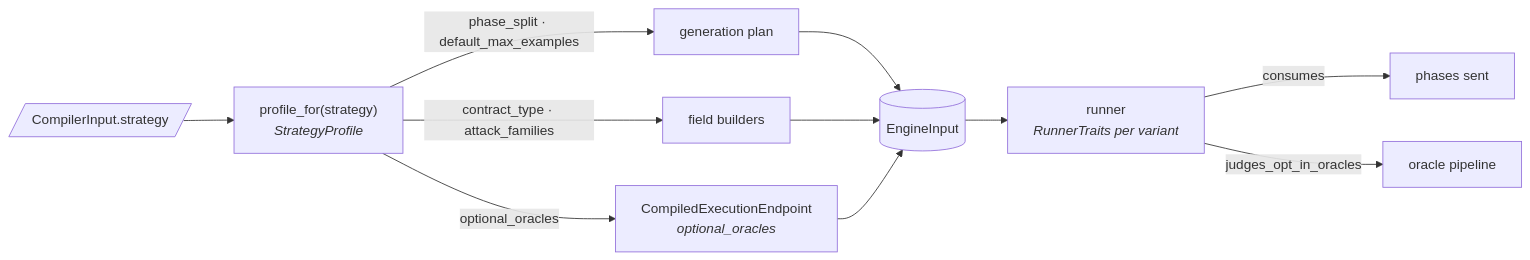
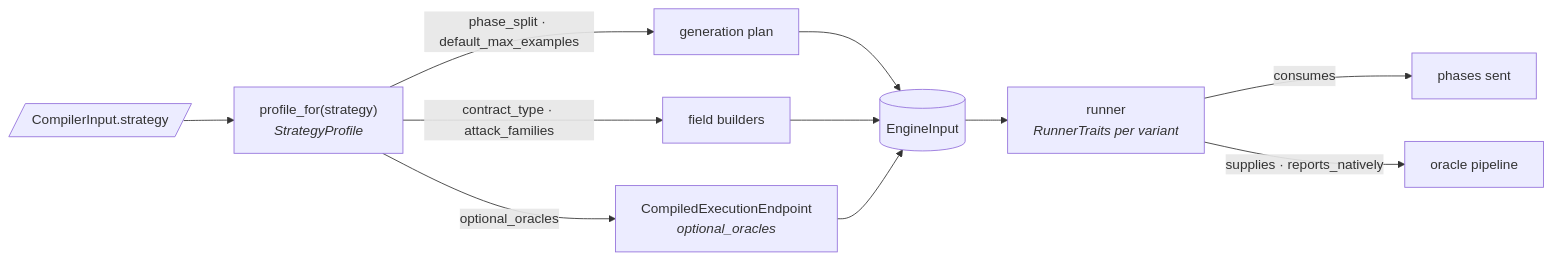
Before and after one commit to Spec-Forge-Testing/specforge-docs: the diagram in docs/modules/specforge-engine/strategies.md, drawn with Mermaid. The commit also changed other lines of this file and 29 other files, not shown here.

````diff
--- a/docs/modules/specforge-engine/strategies.md
+++ b/docs/modules/specforge-engine/strategies.md
@@ -15,13 +16,13 @@
 ```mermaid
 flowchart LR
     S[/"CompilerInput.strategy"/] --> PF["profile_for(strategy)<br/><i>StrategyProfile</i>"]
     PF -->|"phase_split · default_max_examples"| PL[generation plan]
     PF -->|"contract_type · attack_families"| FB[field builders]
     PF -->|optional_oracles| CE["CompiledExecutionEndpoint<br/><i>optional_oracles</i>"]
     PL --> EI[(EngineInput)]
     FB --> EI
     CE --> EI
     EI --> R["runner<br/><i>RunnerTraits per variant</i>"]
     R -->|"consumes"| SENT[phases sent]
-    R -->|"judges_opt_in_oracles"| OR[oracle pipeline]
+    R -->|"supplies · reports_natively"| OR[oracle pipeline]
 ```
````
